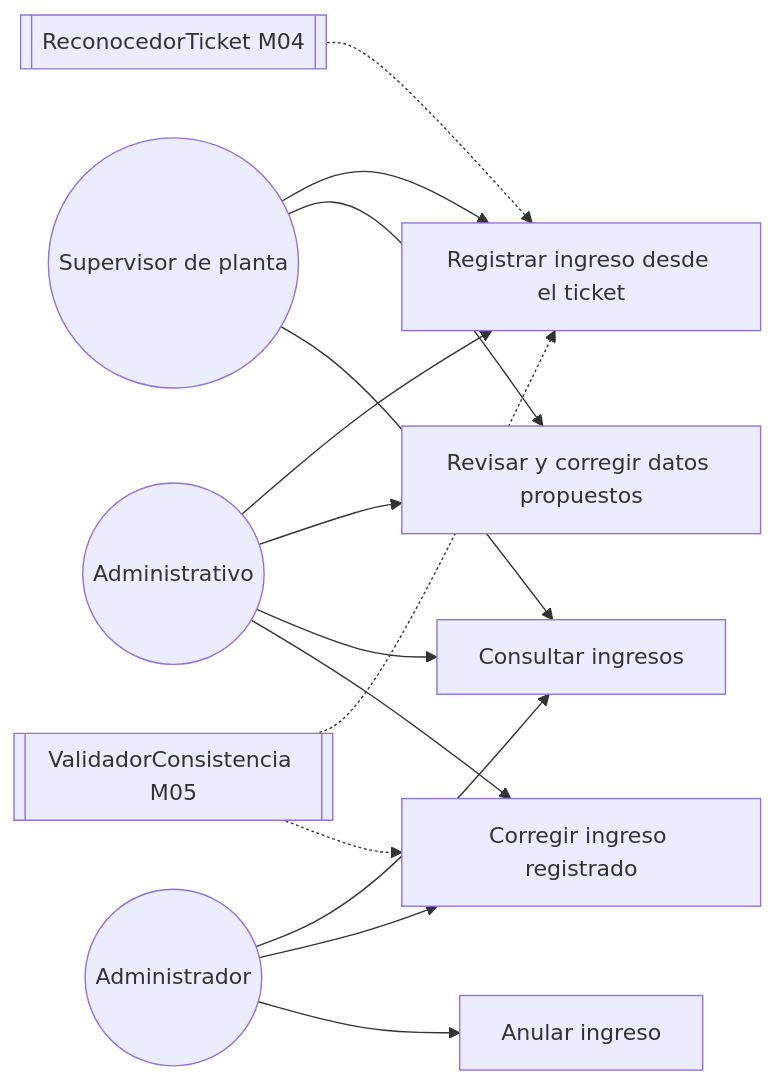
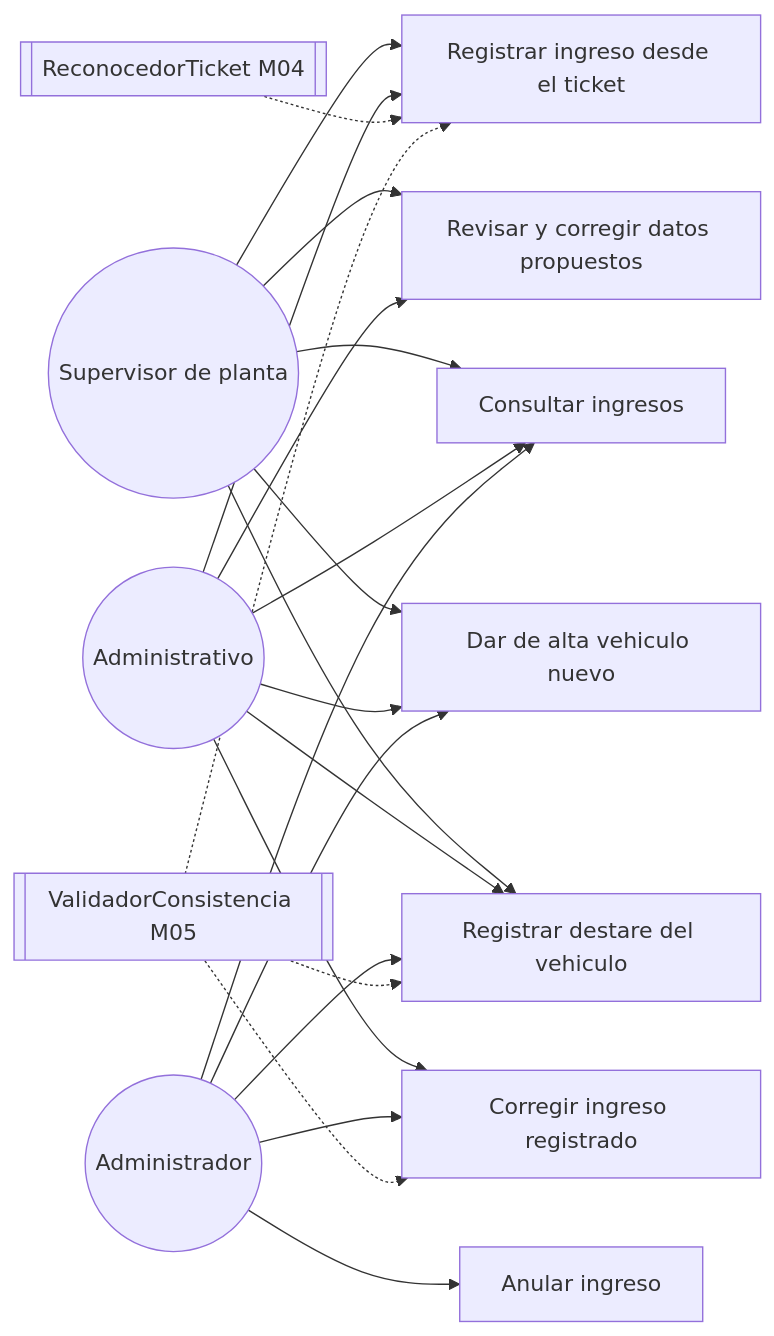
Before and after one commit to adlerOmonte1/LogisticaMinera: the diagram in docs/modulos/M03-ingresos/diagramas/caso_uso.md, drawn with Mermaid. The commit also changed other lines of this file and 91 other files, not shown here.

First line of the commit message:
docs(reformulacion): Aplica el formato real del ticket y el destare

````diff
--- a/docs/modulos/M03-ingresos/diagramas/caso_uso.md
+++ b/docs/modulos/M03-ingresos/diagramas/caso_uso.md
@@ -3,29 +3,38 @@
 ```mermaid
 flowchart LR
     SUP(("Supervisor de planta"))
     ADV(("Administrativo"))
     ADM(("Administrador"))
     REC[["ReconocedorTicket M04"]]
     VAL[["ValidadorConsistencia M05"]]
 
     UC1["Registrar ingreso desde el ticket"]
     UC2["Revisar y corregir datos propuestos"]
     UC3["Consultar ingresos"]
     UC4["Corregir ingreso registrado"]
     UC5["Anular ingreso"]
+    UC6["Dar de alta vehiculo nuevo"]
+    UC7["Registrar destare del vehiculo"]
 
     SUP --> UC1
     SUP --> UC2
     SUP --> UC3
+    SUP --> UC6
+    SUP --> UC7
     ADV --> UC1
     ADV --> UC2
     ADV --> UC3
     ADV --> UC4
+    ADV --> UC6
+    ADV --> UC7
     ADM --> UC3
     ADM --> UC4
     ADM --> UC5
+    ADM --> UC6
+    ADM --> UC7
 
     REC -.-> UC1
     VAL -.-> UC1
     VAL -.-> UC4
+    VAL -.-> UC7
 ```
````
